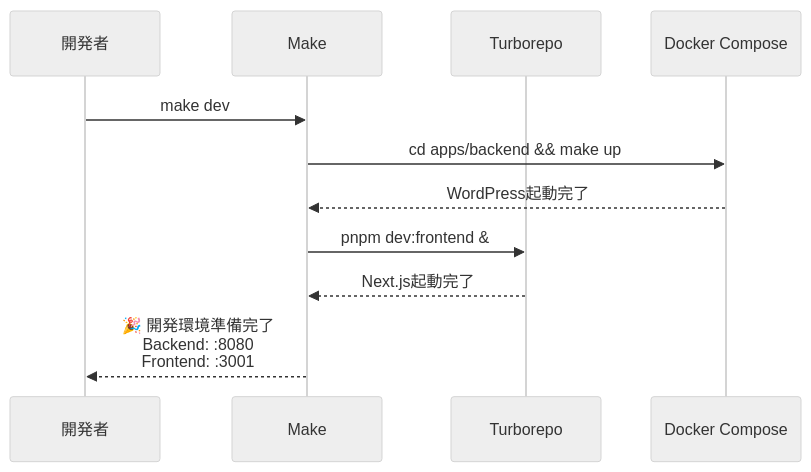
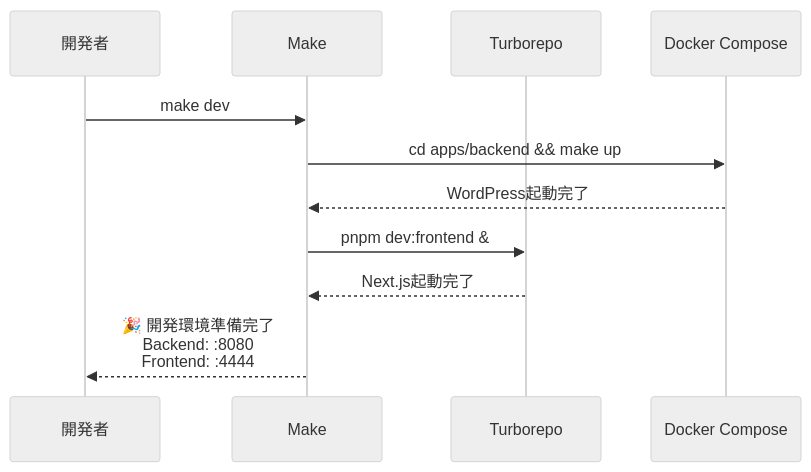
The third of 6 diagrams in docs/07-build/BUILD-overview.md (thanks2music/revolution), drawn with Mermaid (neutral theme) before and after one commit. The commit also changed 5 other files, not shown here.

````diff
--- a/docs/07-build/BUILD-overview.md
+++ b/docs/07-build/BUILD-overview.md
@@ -163,14 +163,14 @@
 ```mermaid
 sequenceDiagram
     participant Dev as 開発者
     participant Make as Make
     participant Turbo as Turborepo
     participant Docker as Docker Compose
     
     Dev->>Make: make dev
     Make->>Docker: cd apps/backend && make up
     Docker-->>Make: WordPress起動完了
     Make->>Turbo: pnpm dev:frontend &
     Turbo-->>Make: Next.js起動完了
-    Make-->>Dev: 🎉 開発環境準備完了<br/>Backend: :8080<br/>Frontend: :3001
+    Make-->>Dev: 🎉 開発環境準備完了<br/>Backend: :8080<br/>Frontend: :4444
 ```
````
